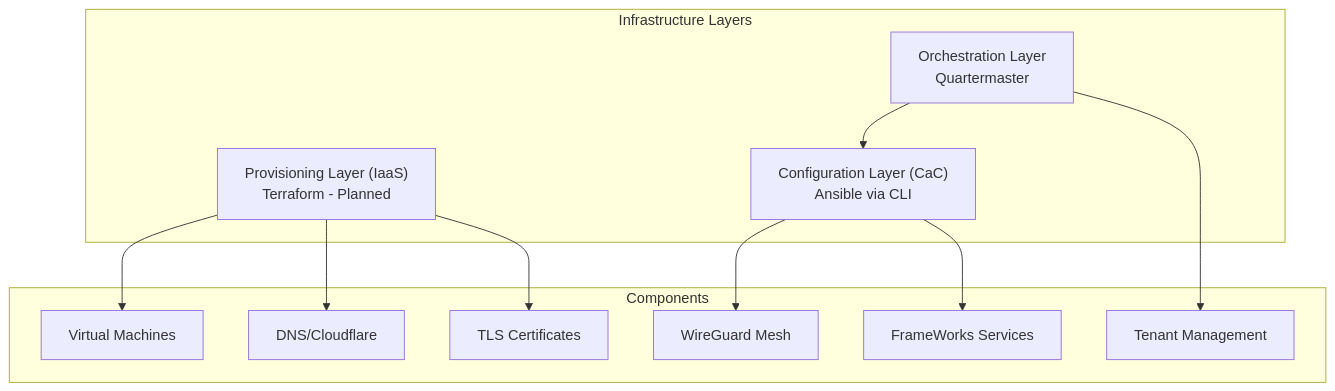
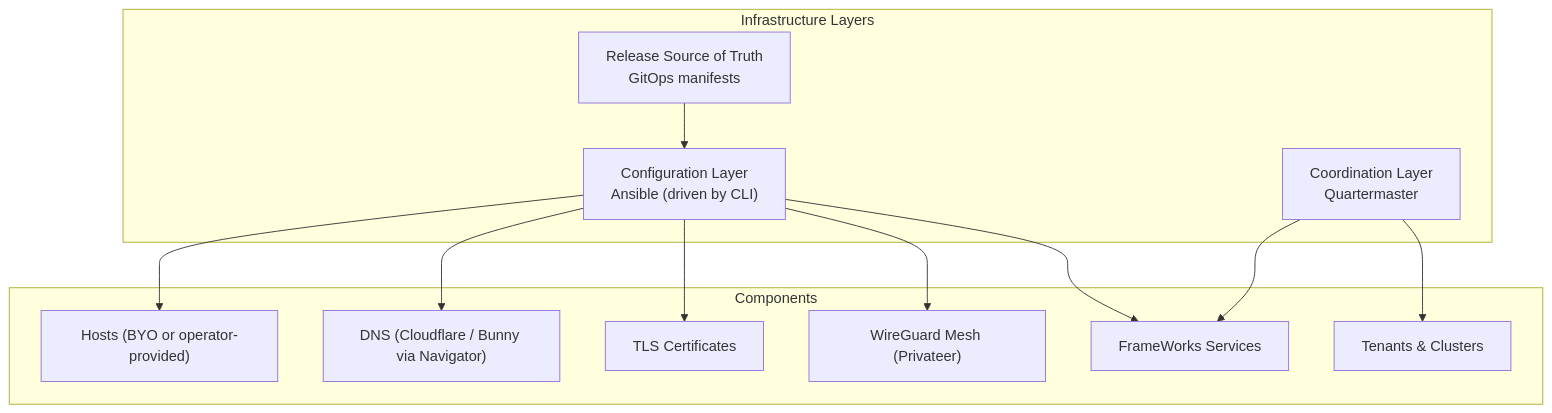
Before and after one commit to Livepeer-FrameWorks/monorepo: the fifth of 5 diagrams in website_docs/src/content/docs/operators/architecture.mdx, drawn with Mermaid. The commit also changed other lines of this file and 35 other files, not shown here.

````diff
--- a/website_docs/src/content/docs/operators/architecture.mdx
+++ b/website_docs/src/content/docs/operators/architecture.mdx
@@ -251,27 +224,27 @@
 ```mermaid
 graph TB
     subgraph "Infrastructure Layers"
-        PROV["Provisioning Layer (IaaS)<br/>Terraform - Planned"]
-        CONFIG["Configuration Layer (CaC)<br/>Ansible via CLI"]
-        ORCH["Orchestration Layer<br/>Quartermaster"]
+        SOURCE["Release Source of Truth<br/>GitOps manifests"]
+        CONFIG["Configuration Layer<br/>Ansible (driven by CLI)"]
+        ORCH["Coordination Layer<br/>Quartermaster"]
     end
 
     subgraph "Components"
-        VMS["Virtual Machines"]
-        DNS["DNS/Cloudflare"]
+        VMS["Hosts (BYO or operator-provided)"]
+        DNS["DNS (Cloudflare / Bunny via Navigator)"]
         CERTS["TLS Certificates"]
-        MESH["WireGuard Mesh"]
+        MESH["WireGuard Mesh (Privateer)"]
         SERVICES["FrameWorks Services"]
-        TENANTS["Tenant Management"]
+        TENANTS["Tenants &amp; Clusters"]
     end
 
-    PROV --> VMS
-    PROV --> DNS
-    PROV --> CERTS
-
+    SOURCE --> CONFIG
+    CONFIG --> VMS
+    CONFIG --> DNS
+    CONFIG --> CERTS
     CONFIG --> MESH
     CONFIG --> SERVICES
 
     ORCH --> TENANTS
-    ORCH --> CONFIG
+    ORCH --> SERVICES
 ```
````
